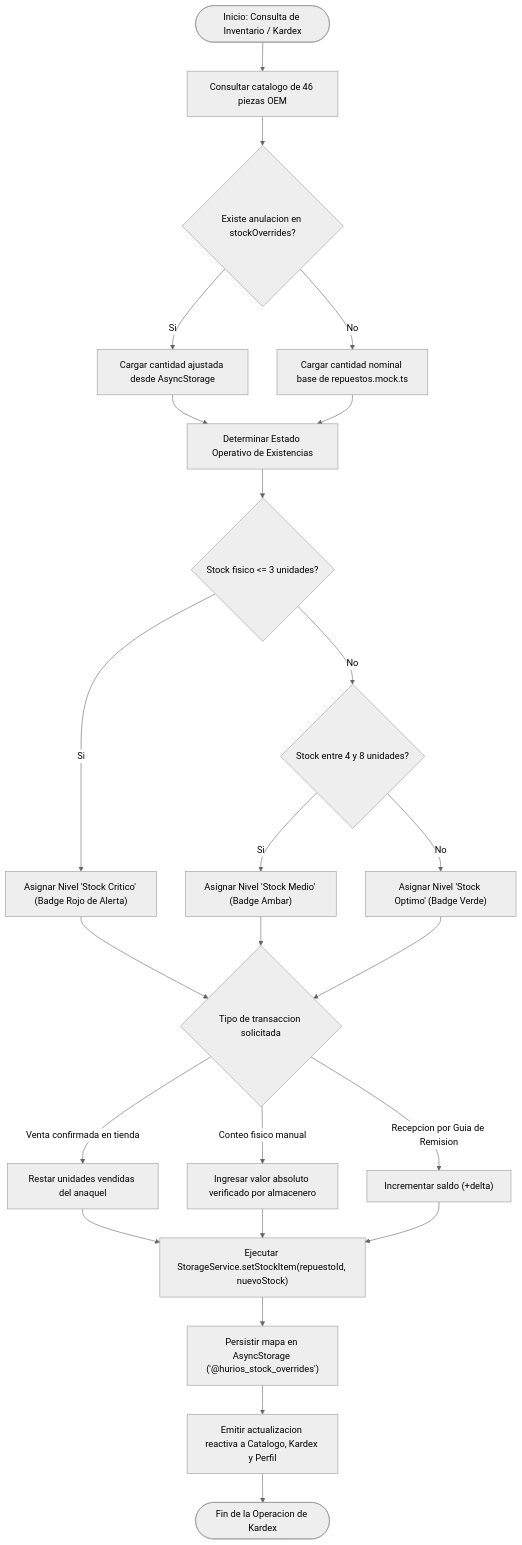
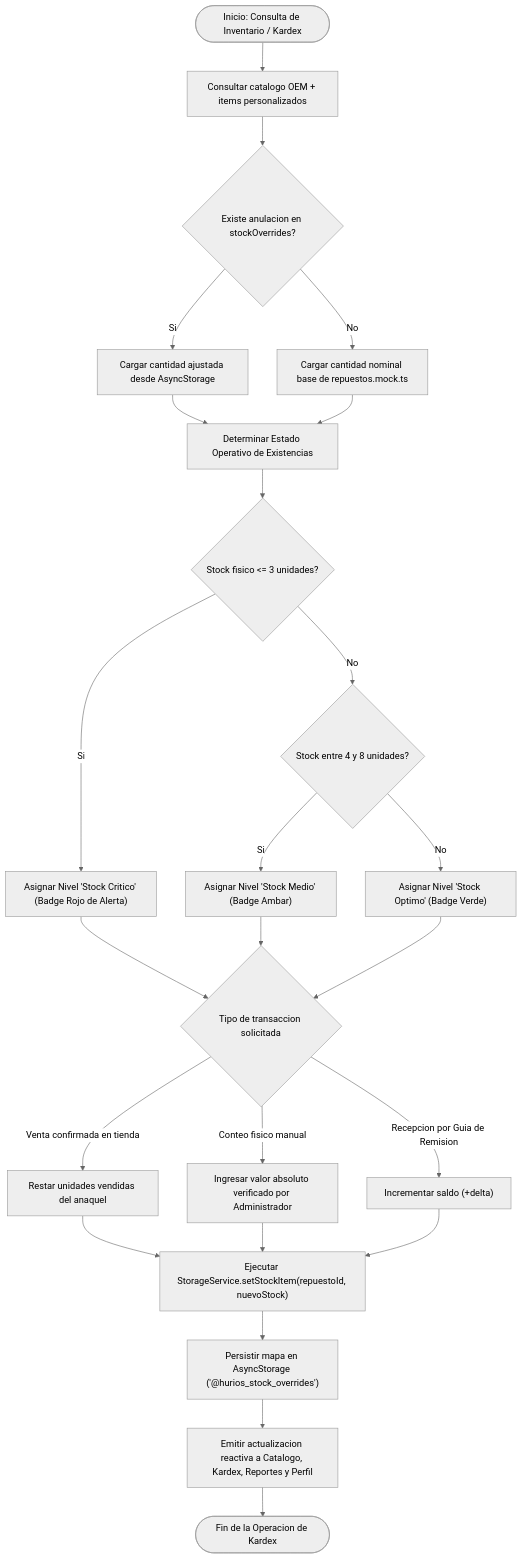
Before and after one commit to EduMoralesCar/HuriosRally-App: the ninth of 9 diagrams in docs/diagramas_ingenieria.md, drawn with Mermaid (neutral theme). The commit also changed other lines of this file, not shown here.

Commit message:
docs(uml): actualizar diagramas de arquitectura SDK 58, rol Administrador y servicio criptografico SHA-256

````diff
--- a/docs/diagramas_ingenieria.md
+++ b/docs/diagramas_ingenieria.md
@@ -548,31 +587,31 @@
 ```mermaid
 flowchart TD
-  A1(["Inicio: Consulta de Inventario / Kardex"]) --> A2["Consultar catalogo de 46 piezas OEM"]
+  A1(["Inicio: Consulta de Inventario / Kardex"]) --> A2["Consultar catalogo OEM + items personalizados"]
   A2 --> A3{"Existe anulacion en stockOverrides?"}
   A3 -- "Si" --> A4["Cargar cantidad ajustada desde AsyncStorage"]
   A3 -- "No" --> A5["Cargar cantidad nominal base de repuestos.mock.ts"]
   A4 --> A6["Determinar Estado Operativo de Existencias"]
   A5 --> A6
 
   A6 --> A7{"Stock fisico <= 3 unidades?"}
   A7 -- "Si" --> A8["Asignar Nivel 'Stock Critico' (Badge Rojo de Alerta)"]
   A7 -- "No" --> A9{"Stock entre 4 y 8 unidades?"}
   A9 -- "Si" --> A10["Asignar Nivel 'Stock Medio' (Badge Ambar)"]
   A9 -- "No" --> A11["Asignar Nivel 'Stock Optimo' (Badge Verde)"]
 
   A8 --> A12{"Tipo de transaccion solicitada"}
   A10 --> A12
   A11 --> A12
 
   A12 -- "Venta confirmada en tienda" --> A13["Restar unidades vendidas del anaquel"]
-  A12 -- "Conteo fisico manual" --> A14["Ingresar valor absoluto verificado por almacenero"]
+  A12 -- "Conteo fisico manual" --> A14["Ingresar valor absoluto verificado por Administrador"]
   A12 -- "Recepcion por Guia de Remision" --> A15["Incrementar saldo (+delta)"]
 
   A13 --> A16["Ejecutar StorageService.setStockItem(repuestoId, nuevoStock)"]
   A14 --> A16
   A15 --> A16
 
   A16 --> A17["Persistir mapa en AsyncStorage ('@hurios_stock_overrides')"]
-  A17 --> A18["Emitir actualizacion reactiva a Catalogo, Kardex y Perfil"]
+  A17 --> A18["Emitir actualizacion reactiva a Catalogo, Kardex, Reportes y Perfil"]
   A18 --> A19(["Fin de la Operacion de Kardex"])
 ```
````
